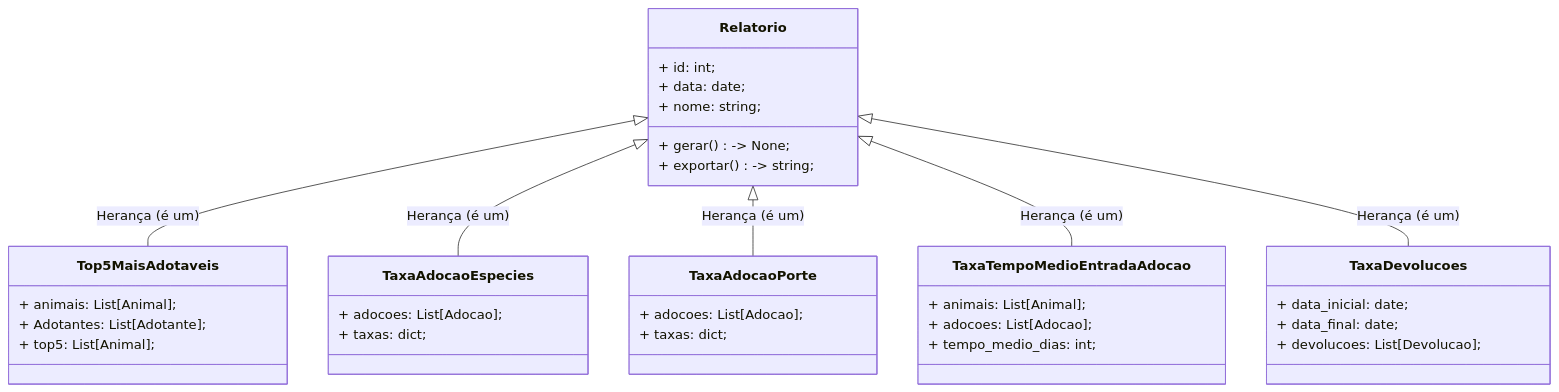
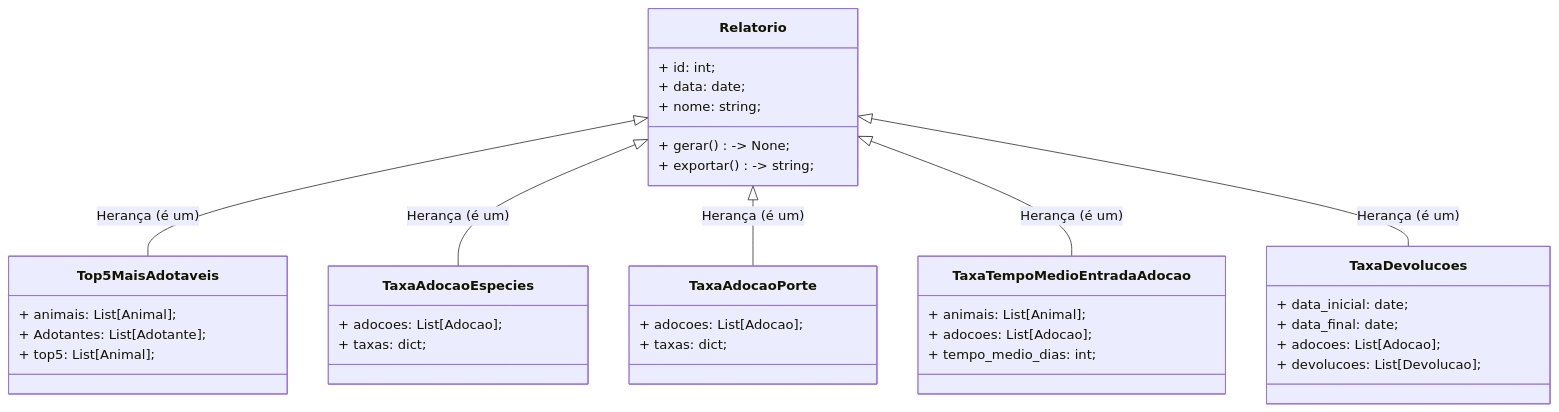
One commit to Alisson014/projeto-1-poo-sistema-adocao-animais changed the sixth of 8 diagrams in docs/uml.md. Above: the diagram before and after it, drawn with Mermaid. The commit also changed other lines of this file, not shown here.

````diff
--- a/docs/uml.md
+++ b/docs/uml.md
@@ -213,45 +214,46 @@
 ```mermaid
 classDiagram
     class Relatorio {
         + id: int;
         + data: date;
         + nome: string;
         + gerar() -> None;
         + exportar() -> string;
     }
 
     class Top5MaisAdotaveis {
         + animais: List[Animal];
         + Adotantes: List[Adotante];
         + top5: List[Animal];
     }
 
     class TaxaAdocaoEspecies {
         + adocoes: List[Adocao];
         + taxas: dict;
     }
 
     class TaxaAdocaoPorte {
         + adocoes: List[Adocao];
         + taxas: dict;
     }
 
     class TaxaTempoMedioEntradaAdocao {
         + animais: List[Animal];
         + adocoes: List[Adocao];
         + tempo_medio_dias: int;
     }
 
     class TaxaDevolucoes {
         + data_inicial: date;
         + data_final: date;
+        + adocoes: List[Adocao];
         + devolucoes: List[Devolucao];
     }
 
     %% Relacionamentos
     Relatorio <|-- Top5MaisAdotaveis : Herança (é um)
     Relatorio <|-- TaxaAdocaoEspecies : Herança (é um)
     Relatorio <|-- TaxaAdocaoPorte : Herança (é um)
     Relatorio <|-- TaxaTempoMedioEntradaAdocao : Herança (é um)
     Relatorio <|-- TaxaDevolucoes : Herança (é um)
 ```
````
